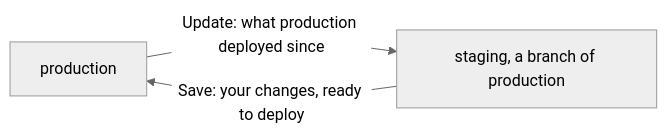
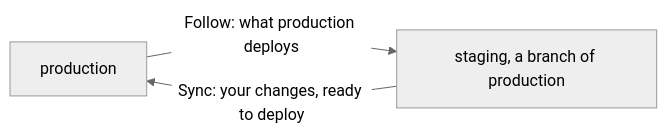
The diagram in docs/user/environments/environments.md (getployz/ployz), drawn with Mermaid (neutral theme) before and after one commit. The commit also changed other lines of this file and 1 other file, not shown here.

Commit message:
Describe Sync and Follow in the environment guides

````diff
--- a/docs/user/environments/environments.md
+++ b/docs/user/environments/environments.md
@@ -13,5 +13,5 @@
 ```mermaid
 flowchart LR
-  prod["production"] -- "Update: what production deployed since" --> staging["staging, a branch of production"]
-  staging -- "Save: your changes, ready to deploy" --> prod
+  prod["production"] -- "Follow: what production deploys" --> staging["staging, a branch of production"]
+  staging -- "Sync: your changes, ready to deploy" --> prod
 ```
````
